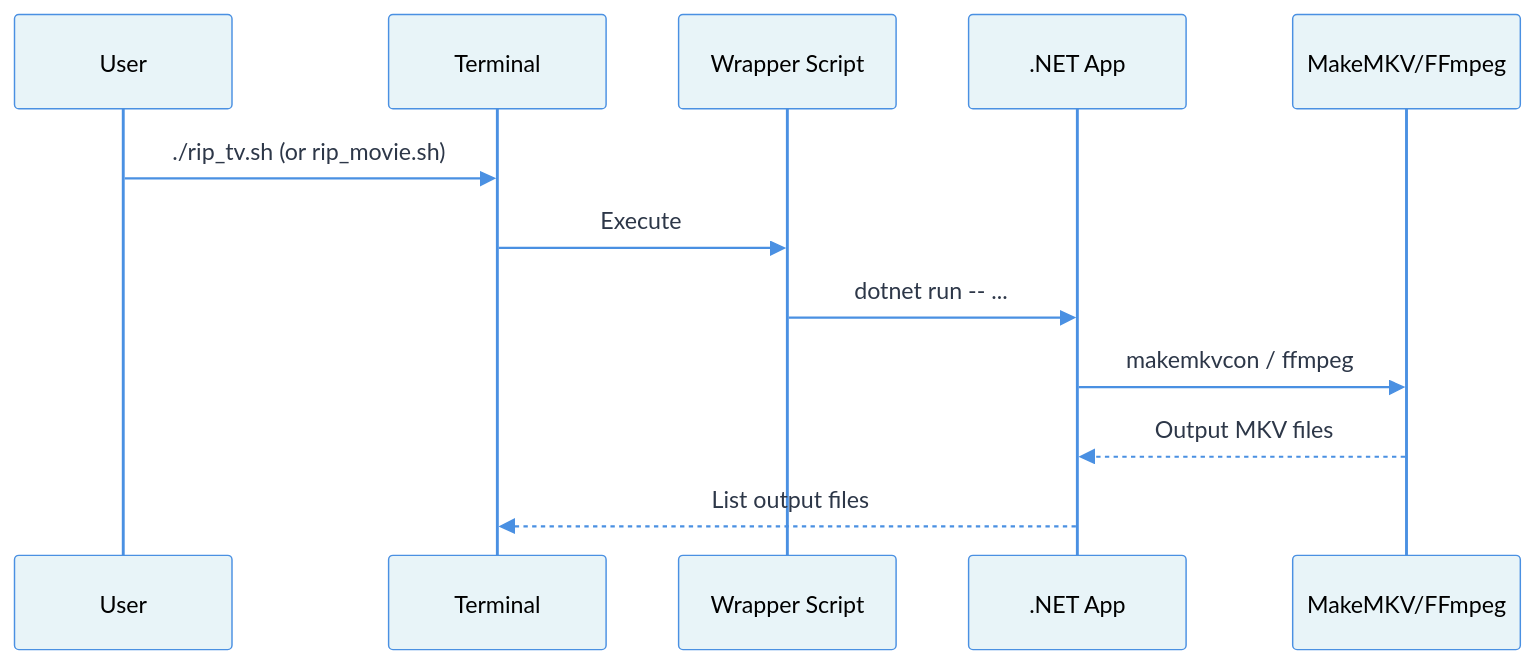
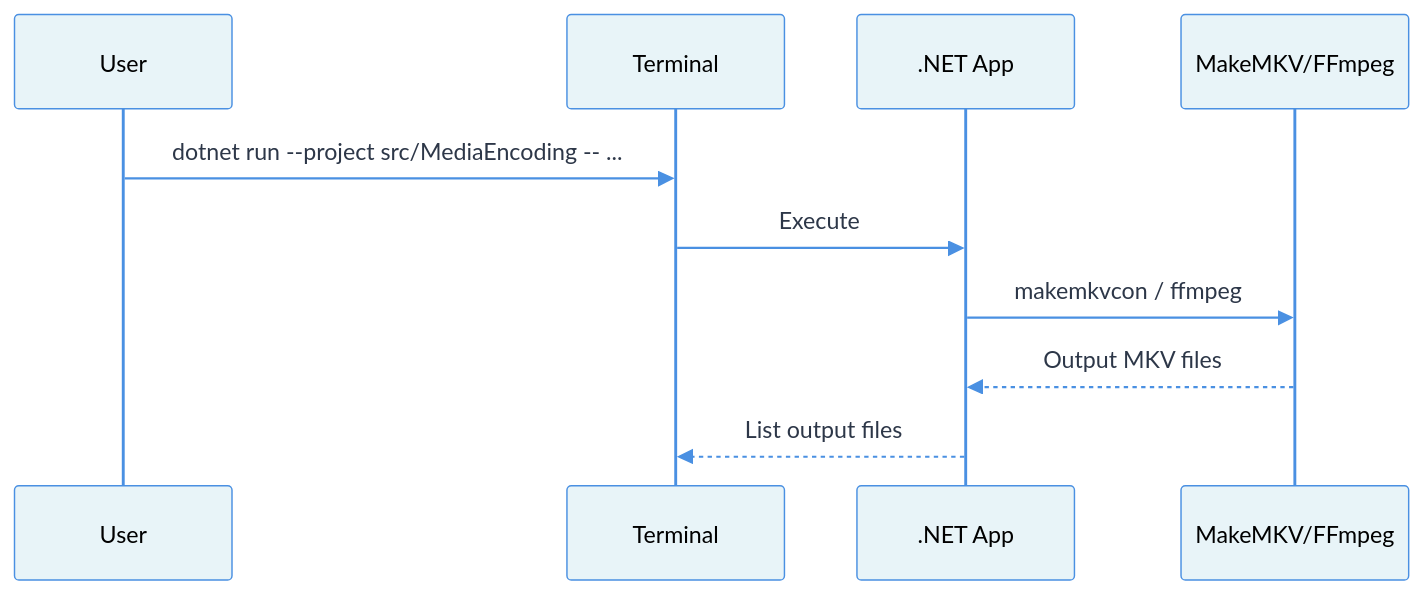
Before and after one commit to mapitman/ripsharp: the third of 3 diagrams in README.md, drawn with Mermaid. The commit also changed other lines of this file and 5 other files, not shown here.

````diff
--- a/README.md
+++ b/README.md
@@ -352,16 +326,14 @@
 ```mermaid
 %%{init: {'theme':'base', 'themeVariables': { 'primaryColor':'#4a90e2','primaryTextColor':'#fff','primaryBorderColor':'#2e5c8a','lineColor':'#4a90e2','secondaryColor':'#82b366','tertiaryColor':'#f4a460','noteBkgColor':'#fff9e6','noteTextColor':'#000','noteBorderColor':'#d4a017','actorBkg':'#e8f4f8','actorBorder':'#4a90e2','actorTextColor':'#000','signalColor':'#4a90e2','signalTextColor':'#2d3748','labelBoxBkgColor':'#4a90e2','labelBoxBorderColor':'#2e5c8a','labelTextColor':'#fff','loopTextColor':'#2d3748','activationBorderColor':'#2e5c8a','activationBkgColor':'#c8e0f4','sequenceNumberColor':'#fff'}}}%%
 sequenceDiagram
    participant User
    participant Terminal
-   participant Wrapper as Wrapper Script
    participant App as .NET App
    participant Tools as MakeMKV/FFmpeg
     
-   User->>Terminal: ./rip_tv.sh (or rip_movie.sh)
-   Terminal->>Wrapper: Execute
-   Wrapper->>App: dotnet run -- ...
+   User->>Terminal: dotnet run --project src/MediaEncoding -- ...
+   Terminal->>App: Execute
    App->>Tools: makemkvcon / ffmpeg
    Tools-->>App: Output MKV files
    App-->>Terminal: List output files
 ```
````
